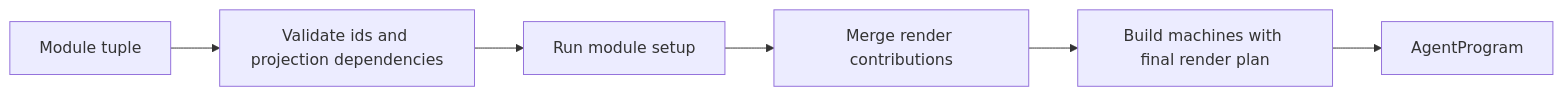
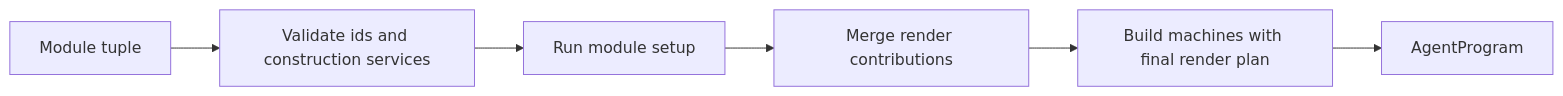
Before and after one commit to clavia-labs/tardigrade: the first of 2 diagrams in docs/architecture.md, drawn with Mermaid. The commit also changed other lines of this file and 50 other files, not shown here.

````diff
--- a/docs/architecture.md
+++ b/docs/architecture.md
@@ -5,8 +5,8 @@
 ```mermaid
 flowchart LR
-  M[Module tuple] --> V[Validate ids and projection dependencies]
+  M[Module tuple] --> V[Validate ids and construction services]
   V --> S[Run module setup]
   S --> R[Merge render contributions]
   R --> K[Build machines with final render plan]
   K --> P[AgentProgram]
 ```
````
